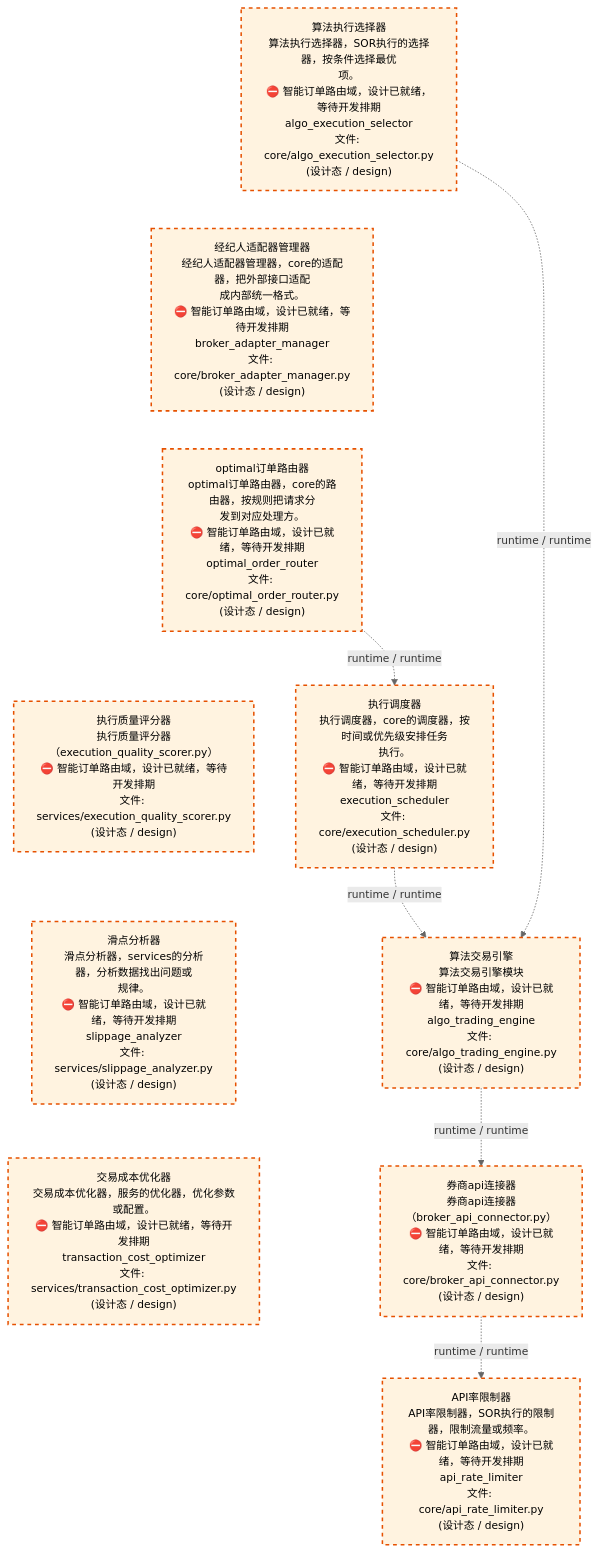
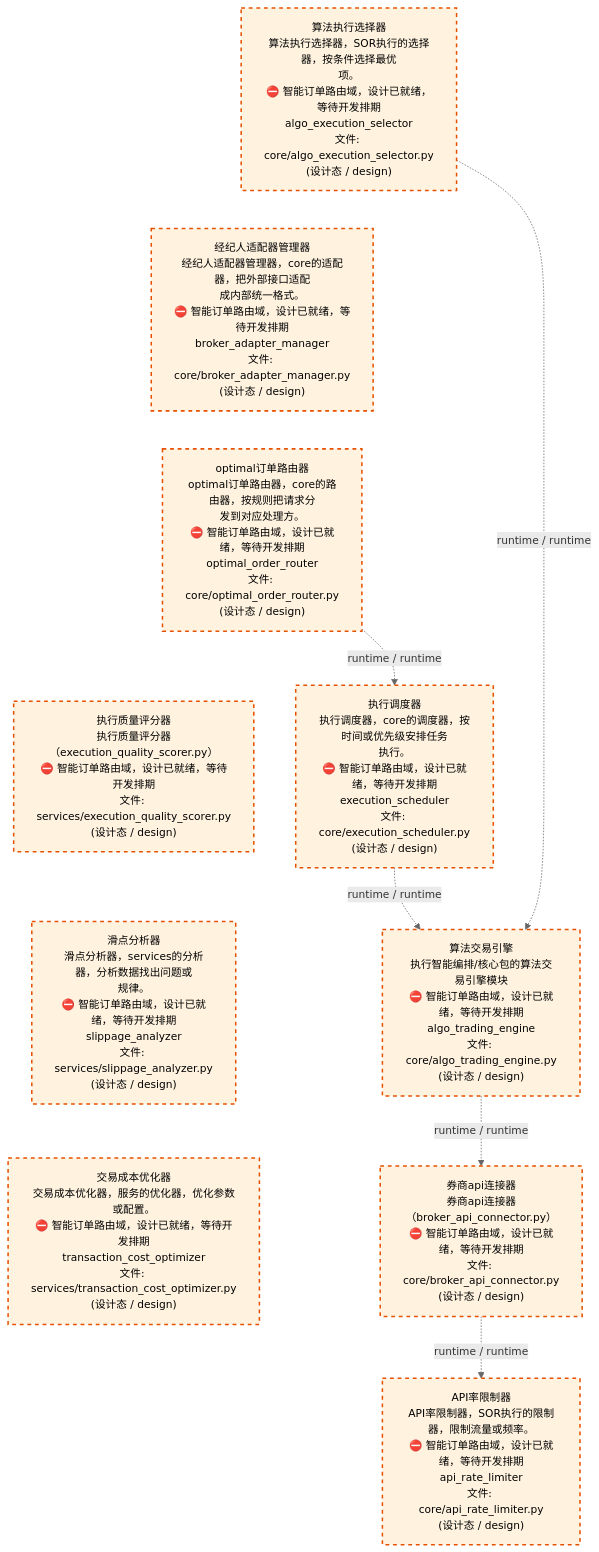
Before and after one commit to xuanFelixVan/ZephyrAlpha: the third of 4 diagrams in docs/02_enterprise_architecture/02_domain_architecture_docs/45_d_ex_sor.md, drawn with Mermaid. The commit also changed other lines of this file and 42 other files, not shown here.

````diff
--- a/docs/02_enterprise_architecture/02_domain_architecture_docs/45_d_ex_sor.md
+++ b/docs/02_enterprise_architecture/02_domain_architecture_docs/45_d_ex_sor.md
@@ -138,29 +138,29 @@
 ```mermaid
 %%{init: {'theme': 'base', 'themeVariables': {'primaryColor': '#eaeaea', 'primaryTextColor': '#333333', 'primaryBorderColor': '#666666', 'lineColor': '#666666', 'secondaryColor': '#eaeaea', 'tertiaryColor': '#eaeaea', 'fontSize': '14px'}}}%%
 flowchart TD
     src_zephyr_ex_sor_core_algo_execution_selector_py["算法执行选择器<br/>算法执行选择器，SOR执行的选择器，按条件选择最优<br/>项。<br/>⛔ 智能订单路由域，设计已就绪，等待开发排期<br/>algo_execution_selector<br/>文件: core/algo_execution_selector.py<br/>(设计态 / design)"]
     src_zephyr_ex_sor_core_broker_adapter_manager_py["经纪人适配器管理器<br/>经纪人适配器管理器，core的适配器，把外部接口适配<br/>成内部统一格式。<br/>⛔ 智能订单路由域，设计已就绪，等待开发排期<br/>broker_adapter_manager<br/>文件: core/broker_adapter_manager.py<br/>(设计态 / design)"]
     src_zephyr_ex_sor_core_optimal_order_router_py["optimal订单路由器<br/>optimal订单路由器，core的路由器，按规则把请求分<br/>发到对应处理方。<br/>⛔ 智能订单路由域，设计已就绪，等待开发排期<br/>optimal_order_router<br/>文件: core/optimal_order_router.py<br/>(设计态 / design)"]
     src_zephyr_ex_sor_services_execution_quality_scorer_py["执行质量评分器<br/>执行质量评分器（execution_quality_scorer.py）<br/>⛔ 智能订单路由域，设计已就绪，等待开发排期<br/>文件: services/execution_quality_scorer.py<br/>(设计态 / design)"]
     src_zephyr_ex_sor_services_slippage_analyzer_py["滑点分析器<br/>滑点分析器，services的分析器，分析数据找出问题或<br/>规律。<br/>⛔ 智能订单路由域，设计已就绪，等待开发排期<br/>slippage_analyzer<br/>文件: services/slippage_analyzer.py<br/>(设计态 / design)"]
     src_zephyr_ex_sor_services_transaction_cost_optimizer_py["交易成本优化器<br/>交易成本优化器，服务的优化器，优化参数或配置。<br/>⛔ 智能订单路由域，设计已就绪，等待开发排期<br/>transaction_cost_optimizer<br/>文件: services/transaction_cost_optimizer.py<br/>(设计态 / design)"]
     src_zephyr_ex_sor_core_algo_execution_selector_py ~~~ src_zephyr_ex_sor_core_broker_adapter_manager_py
     src_zephyr_ex_sor_core_broker_adapter_manager_py ~~~ src_zephyr_ex_sor_core_optimal_order_router_py
     src_zephyr_ex_sor_core_optimal_order_router_py ~~~ src_zephyr_ex_sor_services_execution_quality_scorer_py
     src_zephyr_ex_sor_services_execution_quality_scorer_py ~~~ src_zephyr_ex_sor_services_slippage_analyzer_py
     src_zephyr_ex_sor_services_slippage_analyzer_py ~~~ src_zephyr_ex_sor_services_transaction_cost_optimizer_py
     src_zephyr_ex_sor_core_execution_scheduler_py["执行调度器<br/>执行调度器，core的调度器，按时间或优先级安排任务<br/>执行。<br/>⛔ 智能订单路由域，设计已就绪，等待开发排期<br/>execution_scheduler<br/>文件: core/execution_scheduler.py<br/>(设计态 / design)"]
-    src_zephyr_ex_sor_core_algo_trading_engine_py["算法交易引擎<br/>算法交易引擎模块<br/>⛔ 智能订单路由域，设计已就绪，等待开发排期<br/>algo_trading_engine<br/>文件: core/algo_trading_engine.py<br/>(设计态 / design)"]
+    src_zephyr_ex_sor_core_algo_trading_engine_py["算法交易引擎<br/>执行智能编排/核心包的算法交易引擎模块<br/>⛔ 智能订单路由域，设计已就绪，等待开发排期<br/>algo_trading_engine<br/>文件: core/algo_trading_engine.py<br/>(设计态 / design)"]
     src_zephyr_ex_sor_core_broker_api_connector_py["券商api连接器<br/>券商api连接器（broker_api_connector.py）<br/>⛔ 智能订单路由域，设计已就绪，等待开发排期<br/>文件: core/broker_api_connector.py<br/>(设计态 / design)"]
     src_zephyr_ex_sor_core_api_rate_limiter_py["API率限制器<br/>API率限制器，SOR执行的限制器，限制流量或频率。<br/>⛔ 智能订单路由域，设计已就绪，等待开发排期<br/>api_rate_limiter<br/>文件: core/api_rate_limiter.py<br/>(设计态 / design)"]
     src_zephyr_ex_sor_core_optimal_order_router_py -.->|runtime / runtime| src_zephyr_ex_sor_core_execution_scheduler_py
     src_zephyr_ex_sor_core_execution_scheduler_py -.->|runtime / runtime| src_zephyr_ex_sor_core_algo_trading_engine_py
     src_zephyr_ex_sor_core_algo_trading_engine_py -.->|runtime / runtime| src_zephyr_ex_sor_core_broker_api_connector_py
     src_zephyr_ex_sor_core_algo_execution_selector_py -.->|runtime / runtime| src_zephyr_ex_sor_core_algo_trading_engine_py
     src_zephyr_ex_sor_core_broker_api_connector_py -.->|runtime / runtime| src_zephyr_ex_sor_core_api_rate_limiter_py
     classDef production fill:#e1f5fe,stroke:#01579b,stroke-width:2px,color:#000
     classDef design fill:#fff3e0,stroke:#e65100,stroke-width:2px,color:#000,stroke-dasharray: 5 5
     classDef external_prod fill:#e8f4fd,stroke:#0277bd,stroke-width:1px,color:#000
     classDef external_design fill:#fff8e7,stroke:#ef6c00,stroke-width:1px,color:#000,stroke-dasharray: 5 5
     class src_zephyr_ex_sor_core_algo_execution_selector_py,src_zephyr_ex_sor_core_algo_trading_engine_py,src_zephyr_ex_sor_core_api_rate_limiter_py,src_zephyr_ex_sor_core_broker_adapter_manager_py,src_zephyr_ex_sor_core_broker_api_connector_py,src_zephyr_ex_sor_core_execution_scheduler_py,src_zephyr_ex_sor_core_optimal_order_router_py,src_zephyr_ex_sor_services_execution_quality_scorer_py,src_zephyr_ex_sor_services_slippage_analyzer_py,src_zephyr_ex_sor_services_transaction_cost_optimizer_py design
 ```
````
